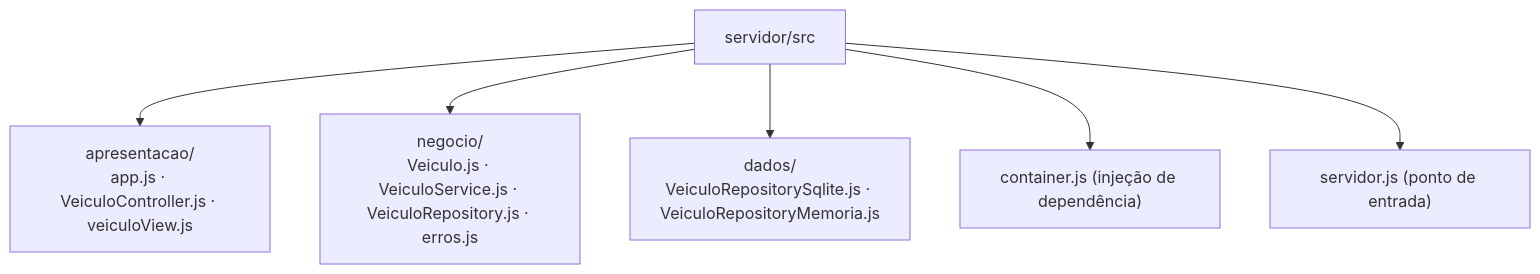
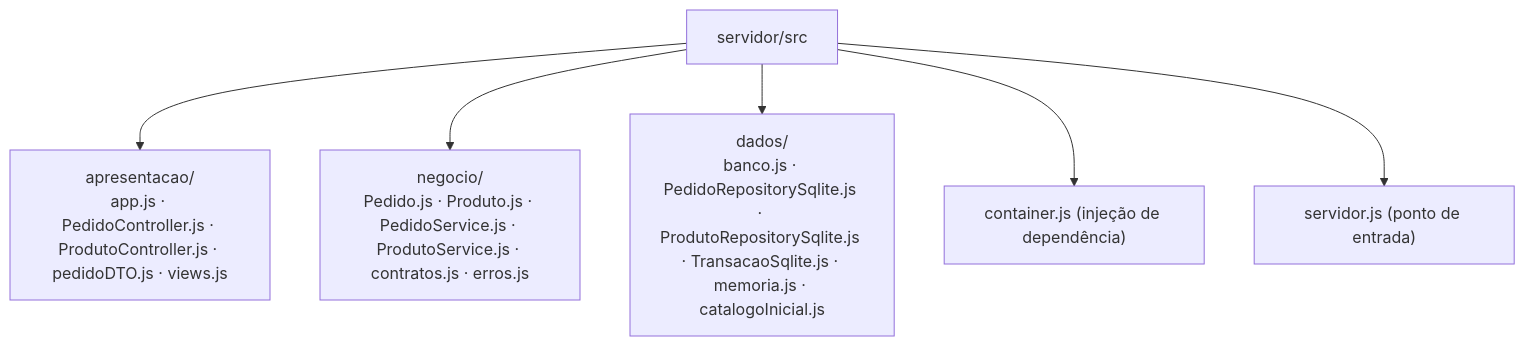
One commit to LcAllmeida/arquiteturaN3 changed the fifth of 5 diagrams in docs/diagramas/README.md. Above: the diagram before and after it, drawn with Mermaid. The commit also changed other lines of this file and 36 other files, not shown here.

````diff
--- a/docs/diagramas/README.md
+++ b/docs/diagramas/README.md
@@ -142,8 +168,8 @@
 ```mermaid
 flowchart TB
-    R["servidor/src"] --> AP["apresentacao/<br/>app.js · VeiculoController.js · veiculoView.js"]
-    R --> NG["negocio/<br/>Veiculo.js · VeiculoService.js · VeiculoRepository.js · erros.js"]
-    R --> DA["dados/<br/>VeiculoRepositorySqlite.js · VeiculoRepositoryMemoria.js"]
+    R["servidor/src"] --> AP["apresentacao/<br/>app.js · PedidoController.js · ProdutoController.js · pedidoDTO.js · views.js"]
+    R --> NG["negocio/<br/>Pedido.js · Produto.js · PedidoService.js · ProdutoService.js · contratos.js · erros.js"]
+    R --> DA["dados/<br/>banco.js · PedidoRepositorySqlite.js · ProdutoRepositorySqlite.js · TransacaoSqlite.js · memoria.js · catalogoInicial.js"]
     R --> CO["container.js (injeção de dependência)"]
     R --> SE["servidor.js (ponto de entrada)"]
 ```
````
